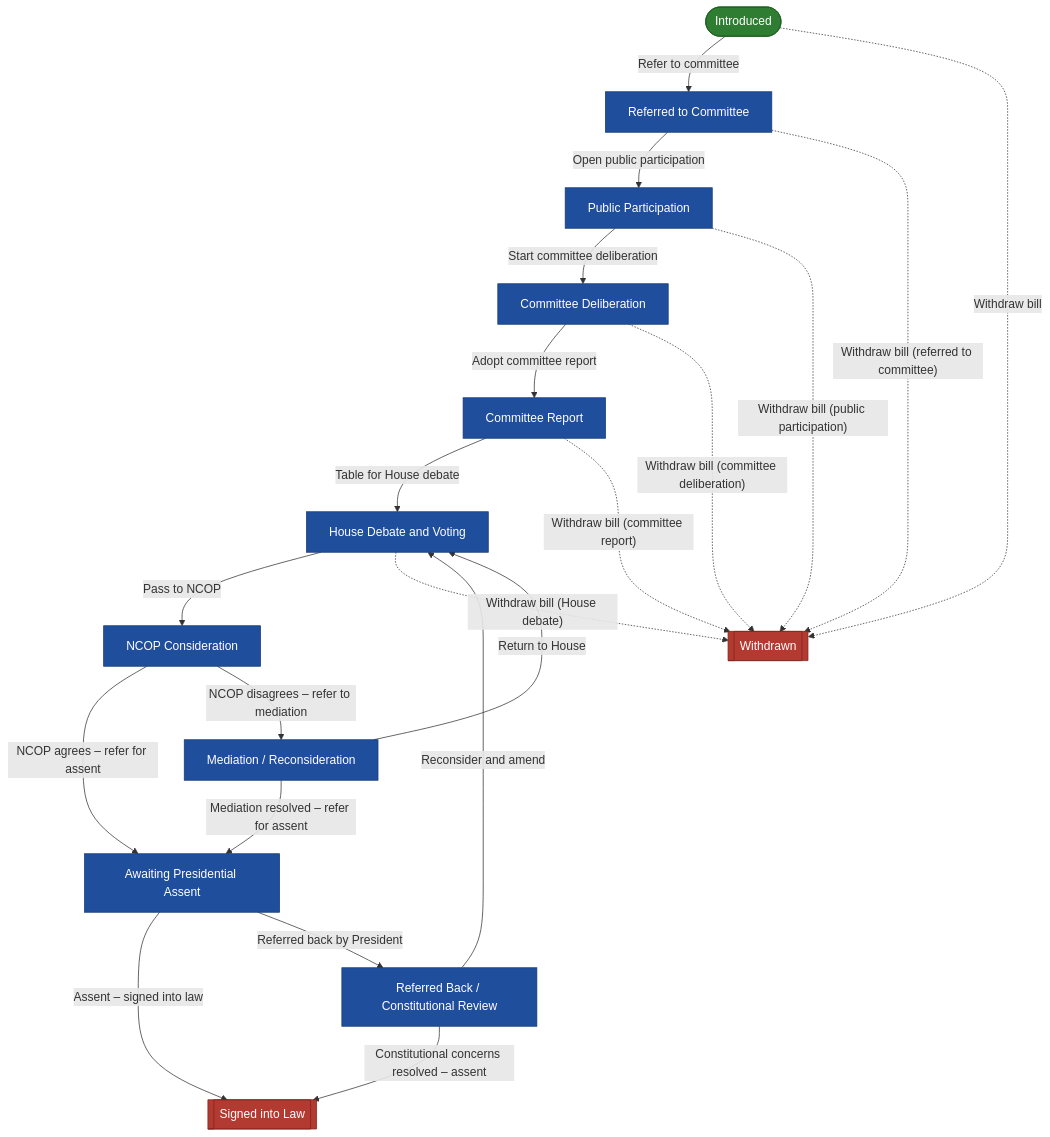
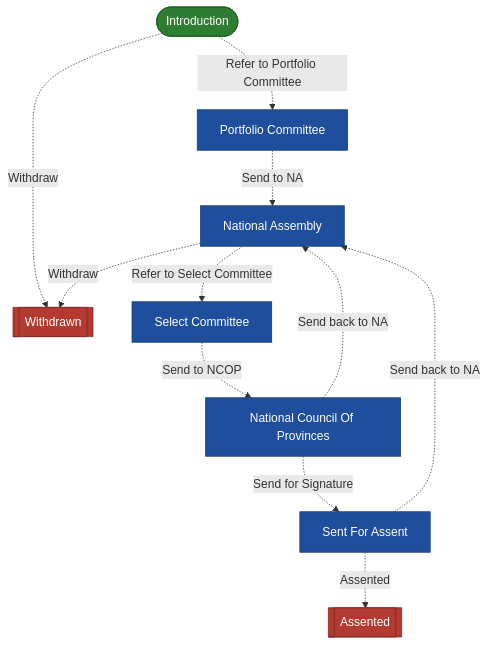
One commit to gelie/pwms_project changed the diagram in src/pwms/docs/bill_workflow.md. Above: the diagram before and after it, drawn with Mermaid. The commit also changed other lines of this file and 9 other files, not shown here.

Commit message:
Regenerate workflow diagrams - Bill Revised

````diff
--- a/src/pwms/docs/bill_workflow.md
+++ b/src/pwms/docs/bill_workflow.md
@@ -5,40 +5,26 @@
 ```mermaid
 %% Generated by `manage.py generate_diagrams`; do not edit by hand.
 %% Workflow: Bill
 flowchart TD
     classDef initial fill:#2F7D32,stroke:#1B5E20,color:#FFFFFF,stroke-width:1px
     classDef regular fill:#1F4E9C,stroke:#163A73,color:#FFFFFF,stroke-width:1px
     classDef terminal fill:#B23A30,stroke:#7F241D,color:#FFFFFF,stroke-width:1px
-    s0(["Introduced"]):::initial
-    s1["Referred to Committee"]:::regular
-    s2["Public Participation"]:::regular
-    s3["Committee Deliberation"]:::regular
-    s4["Committee Report"]:::regular
-    s5["House Debate and Voting"]:::regular
-    s6["NCOP Consideration"]:::regular
-    s7["Mediation / Reconsideration"]:::regular
-    s8["Awaiting Presidential Assent"]:::regular
-    s9["Referred Back / Constitutional Review"]:::regular
-    s10[["Signed into Law"]]:::terminal
-    s11[["Withdrawn"]]:::terminal
-    s0 -->|"Refer to committee"| s1
-    s1 -->|"Open public participation"| s2
-    s2 -->|"Start committee deliberation"| s3
-    s3 -->|"Adopt committee report"| s4
-    s4 -->|"Table for House debate"| s5
-    s5 -->|"Pass to NCOP"| s6
-    s6 -->|"NCOP agrees – refer for assent"| s8
-    s6 -->|"NCOP disagrees – refer to mediation"| s7
-    s7 -->|"Return to House"| s5
-    s7 -->|"Mediation resolved – refer for assent"| s8
-    s8 -->|"Assent – signed into law"| s10
-    s8 -->|"Referred back by President"| s9
-    s9 -->|"Reconsider and amend"| s5
-    s9 -->|"Constitutional concerns resolved – assent"| s10
-    s0 -.->|"Withdraw bill"| s11
-    s1 -.->|"Withdraw bill (referred to committee)"| s11
-    s2 -.->|"Withdraw bill (public participation)"| s11
-    s3 -.->|"Withdraw bill (committee deliberation)"| s11
-    s4 -.->|"Withdraw bill (committee report)"| s11
-    s5 -.->|"Withdraw bill (House debate)"| s11
+    s0(["Introduction"]):::initial
+    s1["Portfolio Committee"]:::regular
+    s2[["Withdrawn"]]:::terminal
+    s3["National Assembly"]:::regular
+    s4["Select Committee"]:::regular
+    s5["National Council Of Provinces"]:::regular
+    s6["Sent For Assent"]:::regular
+    s7[["Assented"]]:::terminal
+    s6 -.->|"Assented"| s7
+    s0 -.->|"Refer to Portfolio Committee"| s1
+    s3 -.->|"Refer to Select Committee"| s4
+    s5 -.->|"Send back to NA"| s3
+    s6 -.->|"Send back to NA"| s3
+    s5 -.->|"Send for Signature"| s6
+    s1 -.->|"Send to NA"| s3
+    s4 -.->|"Send to NCOP"| s5
+    s0 -.->|"Withdraw"| s2
+    s3 -.->|"Withdraw"| s2
 ```
````
